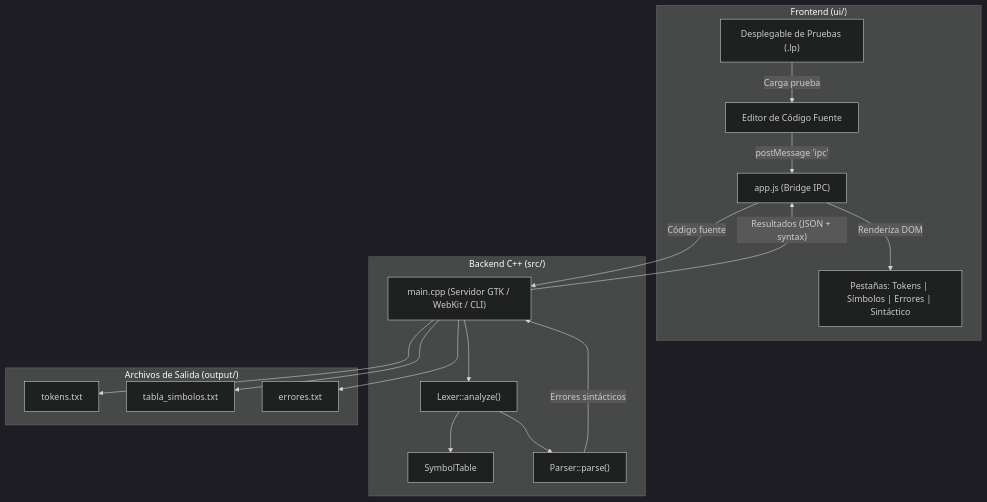
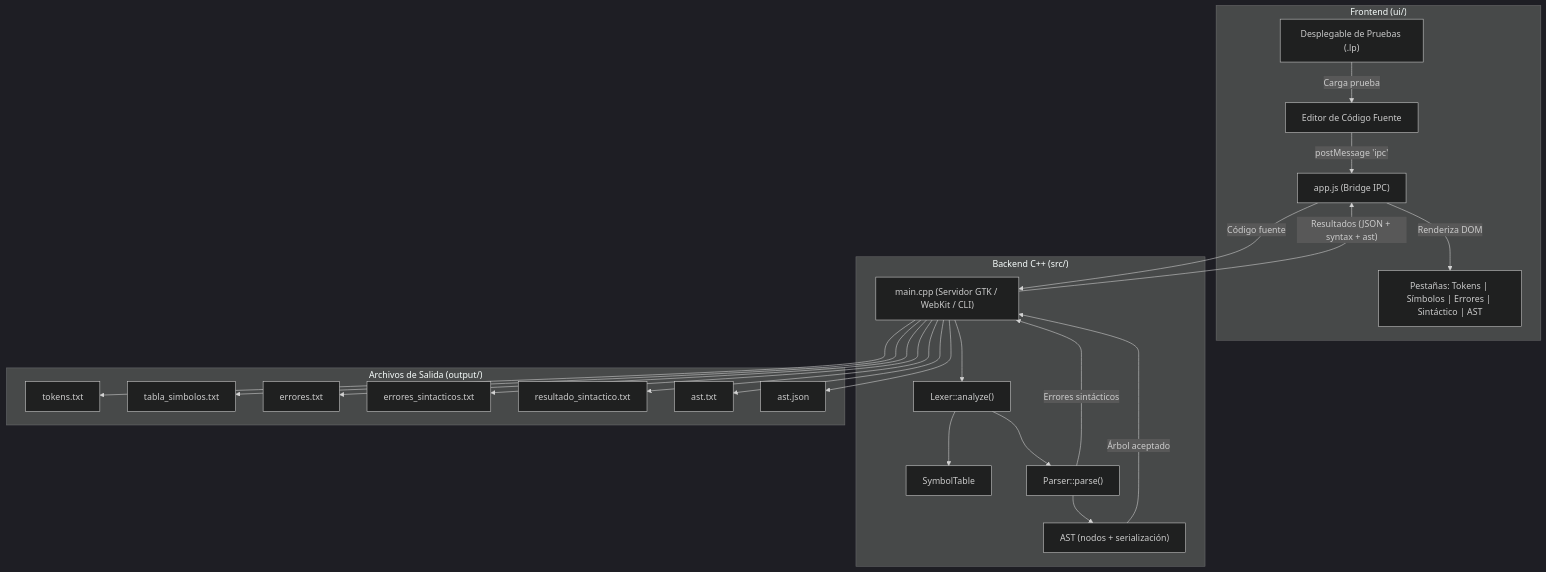
The diagram in README.md (ZapanaDiego/Compiladores), drawn with Mermaid (dark theme) before and after one commit. The commit also changed other lines of this file and 35 other files, not shown here.

````diff
--- a/README.md
+++ b/README.md
@@ -130,37 +191,48 @@
 ```mermaid
 flowchart TD
     subgraph UI ["Frontend (ui/)"]
         EDITOR["Editor de Código Fuente"]
         SELECTOR["Desplegable de Pruebas (.lp)"]
-        TABS["Pestañas: Tokens | Símbolos | Errores | Sintáctico"]
+        TABS["Pestañas: Tokens | Símbolos | Errores | Sintáctico | AST"]
         JS["app.js (Bridge IPC)"]
         
         SELECTOR -->|Carga prueba| EDITOR
         EDITOR -->|postMessage 'ipc'| JS
         JS -->|Renderiza DOM| TABS
     end
 
     subgraph Backend ["Backend C++ (src/)"]
         MAIN["main.cpp (Servidor GTK / WebKit / CLI)"]
         LEXER["Lexer::analyze()"]
         SYMTABLE["SymbolTable"]
         PARSER["Parser::parse()"]
+        AST["AST (nodos + serialización)"]
 
         MAIN --> LEXER
         LEXER --> SYMTABLE
         LEXER --> PARSER
+        PARSER --> AST
     end
 
     subgraph Output ["Archivos de Salida (output/)"]
         TOK["tokens.txt"]
         SYM["tabla_simbolos.txt"]
         ERR["errores.txt"]
+        ESYN["errores_sintacticos.txt"]
+        RES["resultado_sintactico.txt"]
+        ASTTXT["ast.txt"]
+        ASTJSON["ast.json"]
     end
 
     JS -- "Código fuente" --> MAIN
-    MAIN -- "Resultados (JSON + syntax)" --> JS
+    MAIN -- "Resultados (JSON + syntax + ast)" --> JS
     PARSER -- "Errores sintácticos" --> MAIN
+    AST -- "Árbol aceptado" --> MAIN
     MAIN --> TOK
     MAIN --> SYM
     MAIN --> ERR
+    MAIN --> ESYN
+    MAIN --> RES
+    MAIN --> ASTTXT
+    MAIN --> ASTJSON
 ```
````
